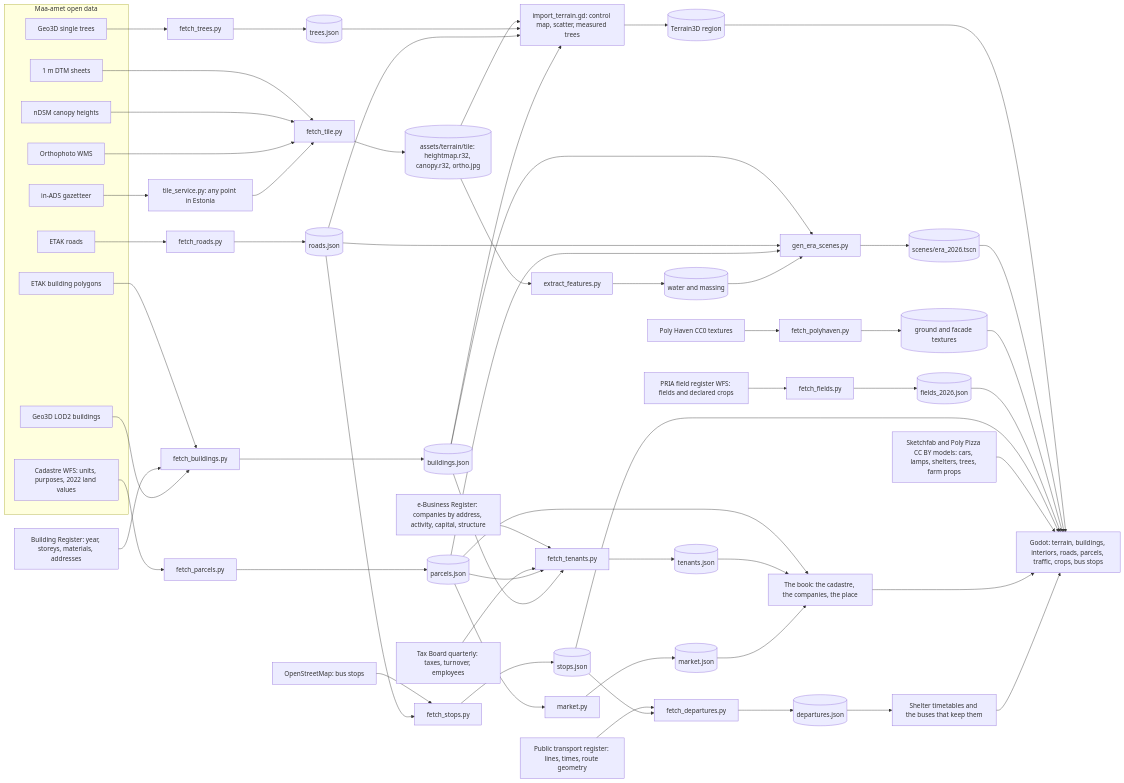
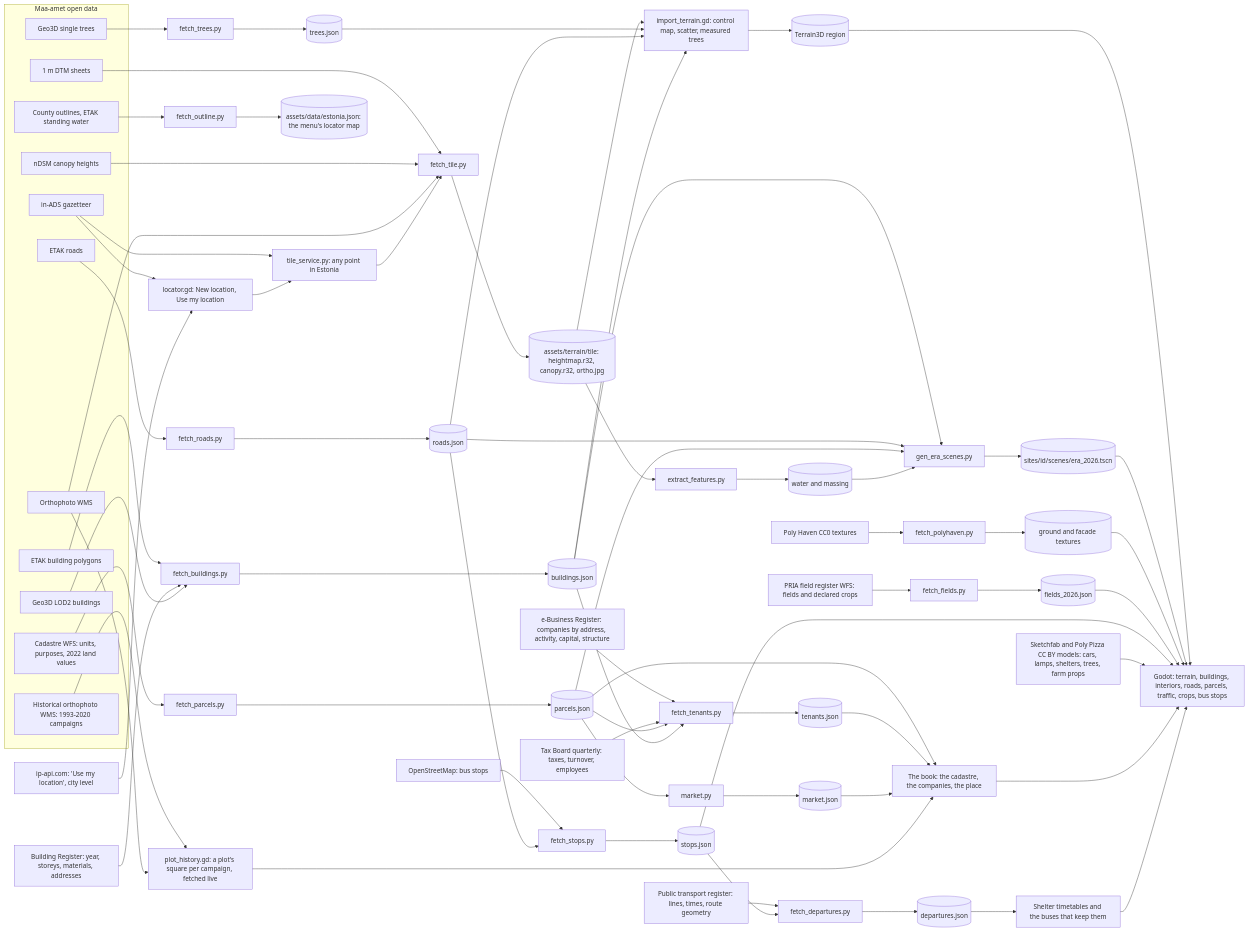
The diagram in README.md (livenson/vakuraamat), drawn with Mermaid before and after one commit. The commit also changed other lines of this file and 8 other files, not shown here.

````diff
--- a/README.md
+++ b/README.md
@@ -102,43 +103,49 @@
 ```mermaid
 flowchart LR
   subgraph maaamet [Maa-amet open data]
     DTM[1 m DTM sheets]
     NDSM[nDSM canopy heights]
     ORTHO[Orthophoto WMS]
     TREES[Geo3D single trees]
     LOD2[Geo3D LOD2 buildings]
     KAT[Cadastre WFS: units, purposes, 2022 land values]
     ETAKB[ETAK building polygons]
     ETAKR[ETAK roads]
     ADS[in-ADS gazetteer]
+    HIST[Historical orthophoto WMS: 1993-2020 campaigns]
+    ADM[County outlines, ETAK standing water]
   end
   EHR[Building Register: year, storeys, materials, addresses]
   ARI[e-Business Register: companies by address, activity, capital, structure]
   EMTA[Tax Board quarterly: taxes, turnover, employees]
   PRIA[PRIA field register WFS: fields and declared crops]
   OSM[OpenStreetMap: bus stops]
   GTFS[Public transport register: lines, times, route geometry]
+  IPAPI[ip-api.com: 'Use my location', city level]
   PH[Poly Haven CC0 textures]
   SKF[Sketchfab and Poly Pizza CC BY models: cars, lamps, shelters, trees, farm props]
 
   DTM & NDSM & ORTHO --> FT[fetch_tile.py] --> TILE[(assets/terrain/tile: heightmap.r32, canopy.r32, ortho.jpg)]
   TREES --> FTR[fetch_trees.py] --> TJ[(trees.json)]
   ETAKB & EHR & LOD2 --> FB[fetch_buildings.py] --> BJ[(buildings.json)]
   ETAKR --> FR[fetch_roads.py] --> RJ[(roads.json)]
   KAT --> FP[fetch_parcels.py] --> PJ[(parcels.json)] --> MK[market.py] --> MJ[(market.json)]
   ARI & EMTA --> FTE[fetch_tenants.py] --> TEJ[(tenants.json)]
   PRIA --> FF[fetch_fields.py] --> FJ[(fields_2026.json)]
   OSM & RJ --> FS[fetch_stops.py] --> SJ[(stops.json)]
   GTFS & SJ --> FD[fetch_departures.py] --> DJ[(departures.json)]
   PJ & BJ --> FTE
   TILE --> EF[extract_features.py] --> WJ[(water and massing)]
   PH --> PHF[fetch_polyhaven.py] --> TEX[(ground and facade textures)]
   ADS --> TS[tile_service.py: any point in Estonia] --> FT
+  ADM --> FO[fetch_outline.py] --> EST[(assets/data/estonia.json: the menu's locator map)]
 
   TILE & TJ & RJ & BJ --> IMP[import_terrain.gd: control map, scatter, measured trees] --> REG[(Terrain3D region)]
-  BJ & RJ & PJ & WJ --> GEN[gen_era_scenes.py] --> SCN[(scenes/era_2026.tscn)]
+  BJ & RJ & PJ & WJ --> GEN[gen_era_scenes.py] --> SCN[(sites/id/scenes/era_2026.tscn)]
 
   REG & SCN & TEX & FJ & SJ & SKF --> GAME[Godot: terrain, buildings, interiors, roads, parcels, traffic, crops, bus stops]
   PJ & TEJ & MJ --> BOOK[The book: the cadastre, the companies, the place] --> GAME
   DJ --> BUS[Shelter timetables and the buses that keep them] --> GAME
+  HIST & ORTHO --> PH2[plot_history.gd: a plot's square per campaign, fetched live] --> BOOK
+  ADS & IPAPI --> LOC[locator.gd: New location, Use my location] --> TS
 ```
````
